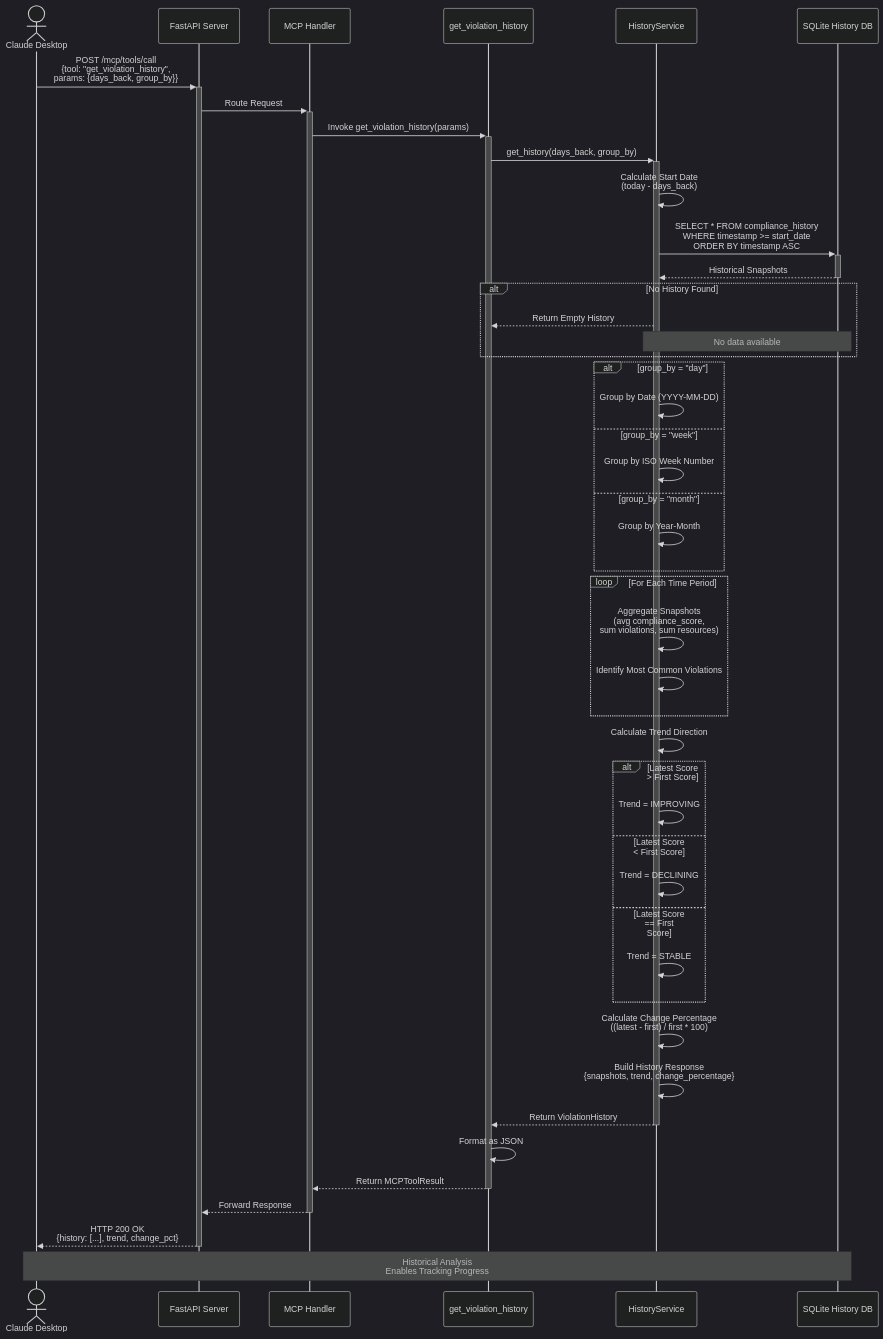
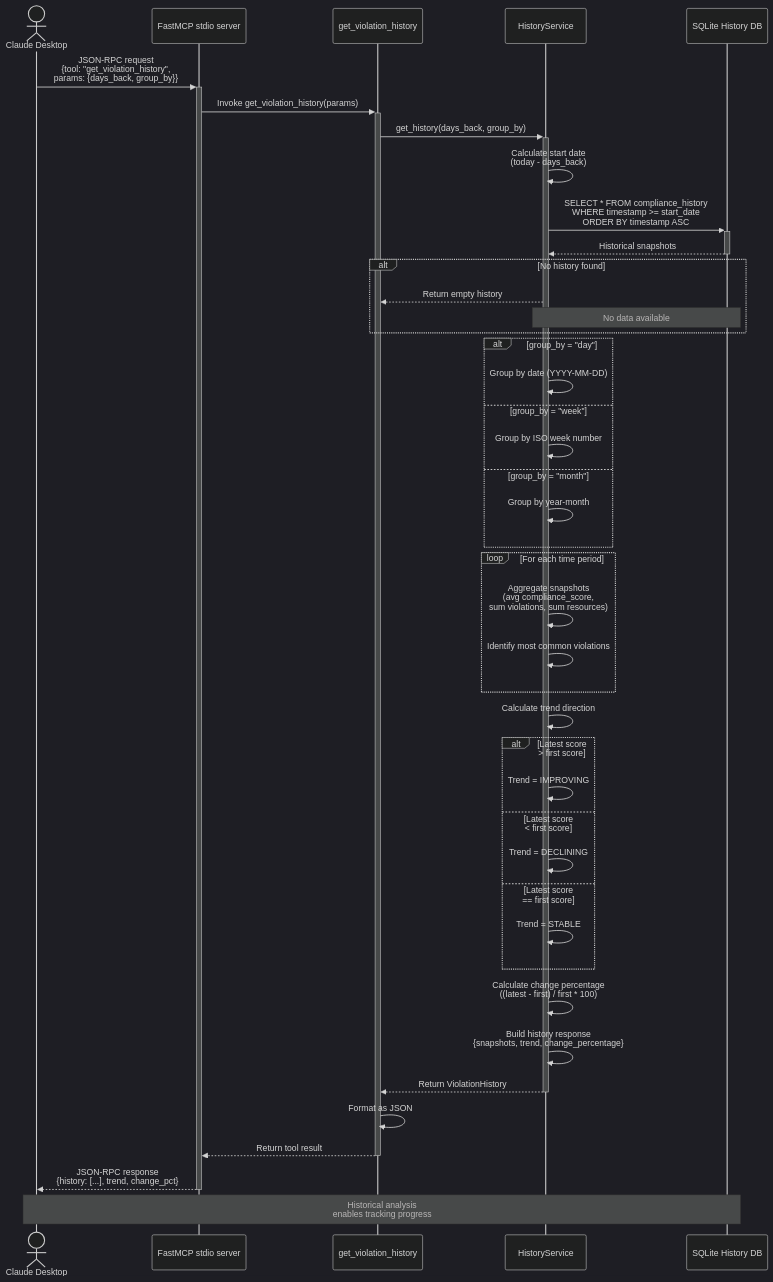
The fourth of 5 diagrams in docs/diagrams/03-sequence-diagrams.md (OptimNow/finops-tag-compliance-mcp), drawn with Mermaid (dark theme) before and after one commit. The commit also changed other lines of this file and 6 other files, not shown here.

First line of the commit message:
docs: rewrite diagrams for stdio architecture, delete HTTP-only docs

````diff
--- a/docs/diagrams/03-sequence-diagrams.md
+++ b/docs/diagrams/03-sequence-diagrams.md
@@ -268,62 +252,59 @@
 ```mermaid
 sequenceDiagram
     actor User as Claude Desktop
-    participant API as FastAPI Server
-    participant MCP as MCP Handler
+    participant MCP as FastMCP stdio server
     participant Tool as get_violation_history
     participant HS as HistoryService
     participant DB as SQLite History DB
 
-    User->>+API: POST /mcp/tools/call<br/>{tool: "get_violation_history",<br/>params: {days_back, group_by}}
+    User->>+MCP: JSON-RPC request<br/>{tool: "get_violation_history",<br/>params: {days_back, group_by}}
 
-    API->>+MCP: Route Request
     MCP->>+Tool: Invoke get_violation_history(params)
 
     Tool->>+HS: get_history(days_back, group_by)
 
-    HS->>HS: Calculate Start Date<br/>(today - days_back)
+    HS->>HS: Calculate start date<br/>(today - days_back)
 
     HS->>+DB: SELECT * FROM compliance_history<br/>WHERE timestamp >= start_date<br/>ORDER BY timestamp ASC
-    DB-->>-HS: Historical Snapshots
+    DB-->>-HS: Historical snapshots
 
-    alt No History Found
-        HS-->>Tool: Return Empty History
+    alt No history found
+        HS-->>Tool: Return empty history
         Note over HS,DB: No data available
     end
 
     alt group_by = "day"
-        HS->>HS: Group by Date (YYYY-MM-DD)
+        HS->>HS: Group by date (YYYY-MM-DD)
     else group_by = "week"
-        HS->>HS: Group by ISO Week Number
+        HS->>HS: Group by ISO week number
     else group_by = "month"
-        HS->>HS: Group by Year-Month
+        HS->>HS: Group by year-month
     end
 
-    loop For Each Time Period
-        HS->>HS: Aggregate Snapshots<br/>(avg compliance_score,<br/>sum violations, sum resources)
-        HS->>HS: Identify Most Common Violations
+    loop For each time period
+        HS->>HS: Aggregate snapshots<br/>(avg compliance_score,<br/>sum violations, sum resources)
+        HS->>HS: Identify most common violations
     end
 
-    HS->>HS: Calculate Trend Direction
+    HS->>HS: Calculate trend direction
 
-    alt Latest Score > First Score
+    alt Latest score > first score
         HS->>HS: Trend = IMPROVING
-    else Latest Score < First Score
+    else Latest score < first score
         HS->>HS: Trend = DECLINING
-    else Latest Score == First Score
+    else Latest score == first score
         HS->>HS: Trend = STABLE
     end
 
-    HS->>HS: Calculate Change Percentage<br/>((latest - first) / first * 100)
+    HS->>HS: Calculate change percentage<br/>((latest - first) / first * 100)
 
-    HS->>HS: Build History Response<br/>{snapshots, trend, change_percentage}
+    HS->>HS: Build history response<br/>{snapshots, trend, change_percentage}
 
     HS-->>-Tool: Return ViolationHistory
 
     Tool->>Tool: Format as JSON
-    Tool-->>-MCP: Return MCPToolResult
-    MCP-->>-API: Forward Response
-    API-->>-User: HTTP 200 OK<br/>{history: [...], trend, change_pct}
+    Tool-->>-MCP: Return tool result
+    MCP-->>-User: JSON-RPC response<br/>{history: [...], trend, change_pct}
 
-    Note over User,DB: Historical Analysis<br/>Enables Tracking Progress
+    Note over User,DB: Historical analysis<br/>enables tracking progress
 ```
````
